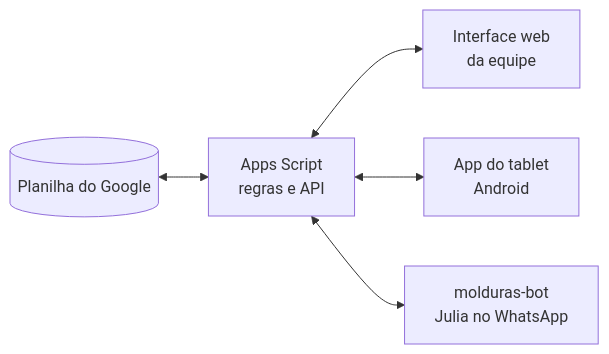
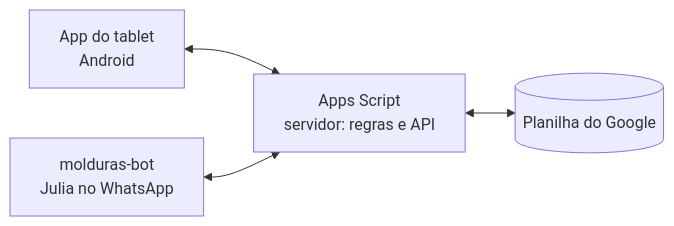
The diagram in README.md (GuilhermeZaros/estoque-molduraria), drawn with Mermaid before and after one commit. The commit also changed other lines of this file and 24 other files, not shown here.

First line of the commit message:
Aposenta a interface web antiga do Apps Script

````diff
--- a/README.md
+++ b/README.md
@@ -9,12 +9,10 @@
 ```mermaid
 flowchart LR
-    P[(Planilha do Google)]
-    A[Apps Script<br/>regras e API]
-    W[Interface web<br/>da equipe]
     T[App do tablet<br/>Android]
     J[molduras-bot<br/>Julia no WhatsApp]
-    P <--> A
-    A <--> W
-    A <--> T
-    A <--> J
+    A[Apps Script<br/>servidor: regras e API]
+    P[(Planilha do Google)]
+    T <--> A
+    J <--> A
+    A <--> P
 ```
````
